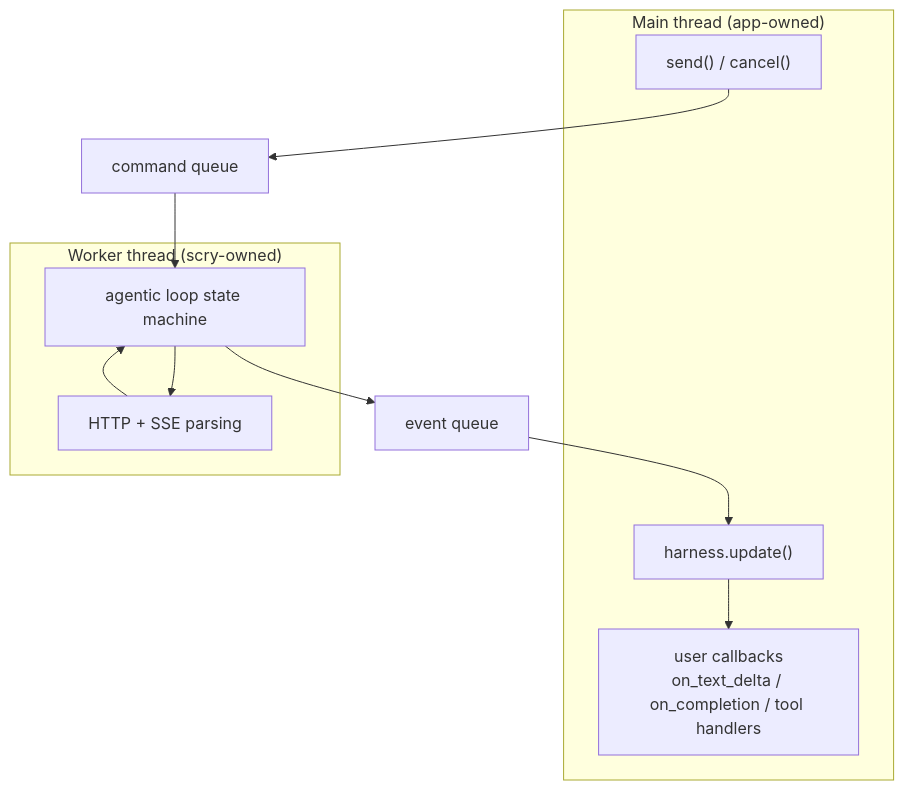
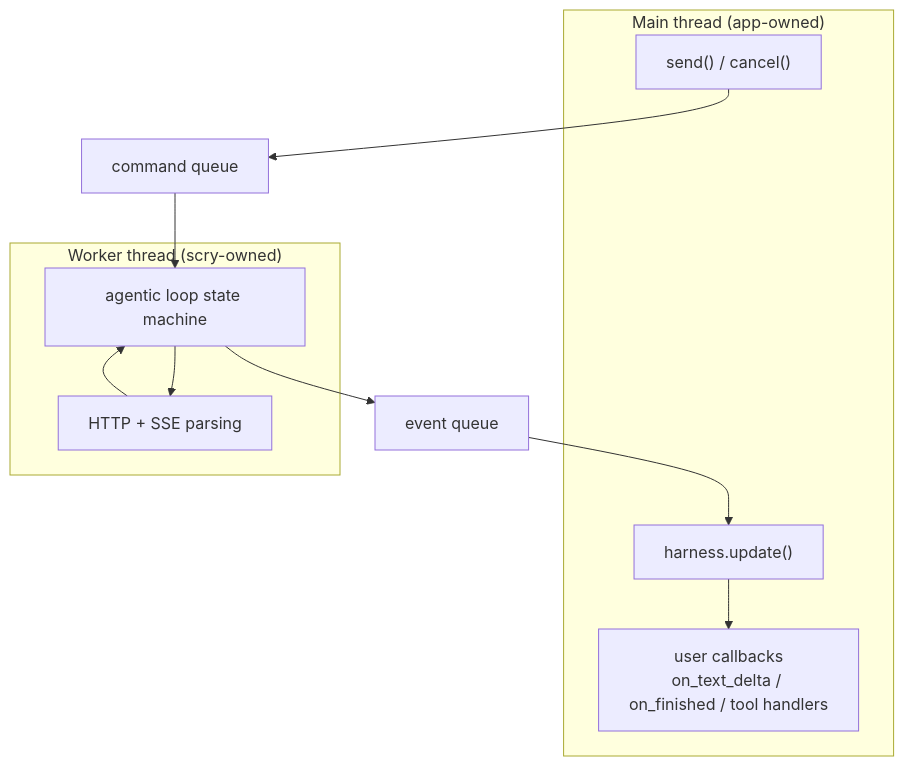
The third of 3 diagrams in DESIGN.md (crybo-rybo/scry), drawn with Mermaid before and after one commit. The commit also changed other lines of this file and 15 other files, not shown here.

````diff
--- a/DESIGN.md
+++ b/DESIGN.md
@@ -188,19 +204,19 @@
 ```mermaid
 graph TB
     subgraph MT["Main thread (app-owned)"]
         U["harness.update()"]
-        CB["user callbacks<br/>on_text_delta / on_completion / tool handlers"]
+        CB["user callbacks<br/>on_text_delta / on_finished / tool handlers"]
         S["send() / cancel()"]
     end
     subgraph WT["Worker thread (scry-owned)"]
         HTTP["HTTP + SSE parsing"]
         AL["agentic loop state machine"]
     end
     EQ["event queue"]
     CQ["command queue"]
 
     S --> CQ --> AL
     AL --> HTTP
     HTTP --> AL
     AL --> EQ --> U --> CB
 ```
````
